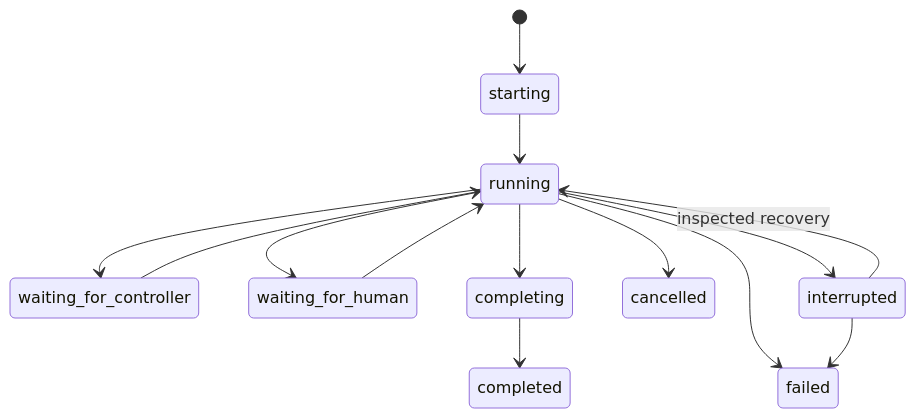
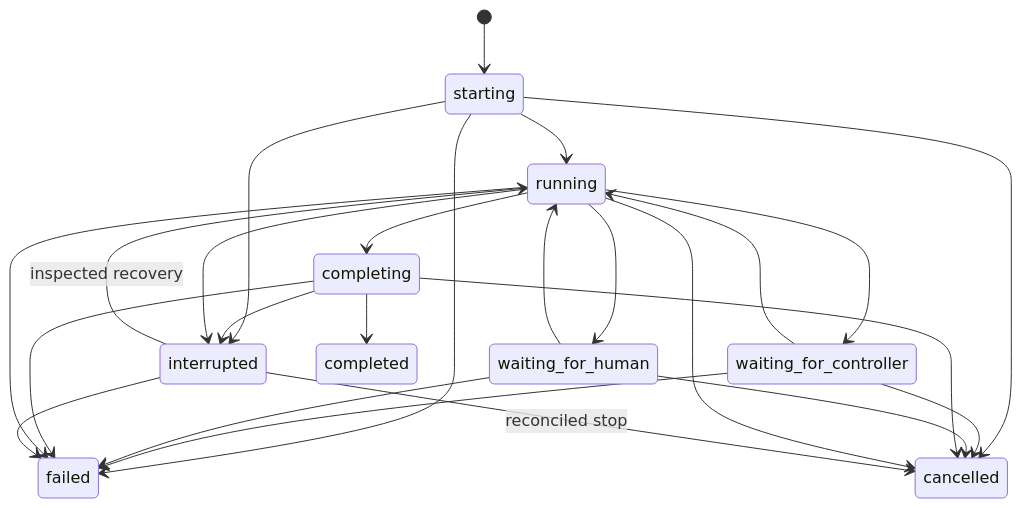
Before and after one commit to jvloo/agentisan: the second of 2 diagrams in docs/interactive-teams-v3.md, drawn with Mermaid. The commit also changed other lines of this file, not shown here.

````diff
--- a/docs/interactive-teams-v3.md
+++ b/docs/interactive-teams-v3.md
@@ -189,16 +195,27 @@
 ```mermaid
 stateDiagram-v2
     [*] --> starting
     starting --> running
+    starting --> failed
+    starting --> cancelled
+    starting --> interrupted
     running --> waiting_for_controller
     running --> waiting_for_human
     waiting_for_controller --> running
     waiting_for_human --> running
+    waiting_for_controller --> failed
+    waiting_for_controller --> cancelled
+    waiting_for_human --> failed
+    waiting_for_human --> cancelled
     running --> completing
     completing --> completed
+    completing --> failed
+    completing --> cancelled
+    completing --> interrupted
     running --> failed
     running --> cancelled
     running --> interrupted
     interrupted --> running: inspected recovery
+    interrupted --> cancelled: reconciled stop
     interrupted --> failed
 ```
````
